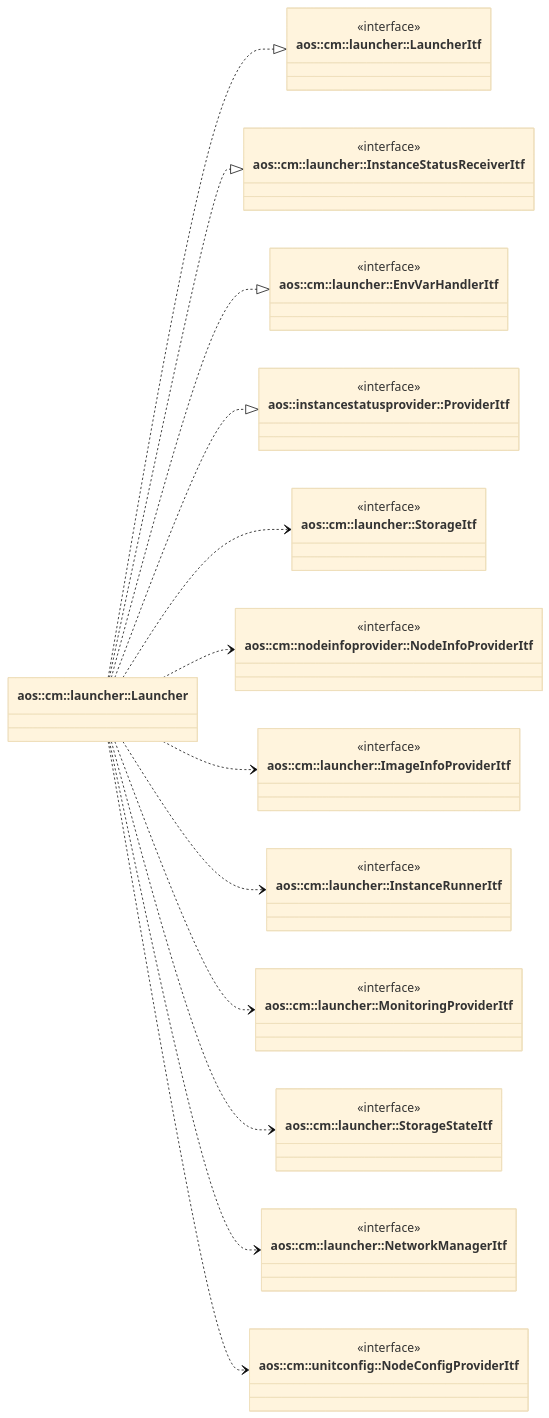
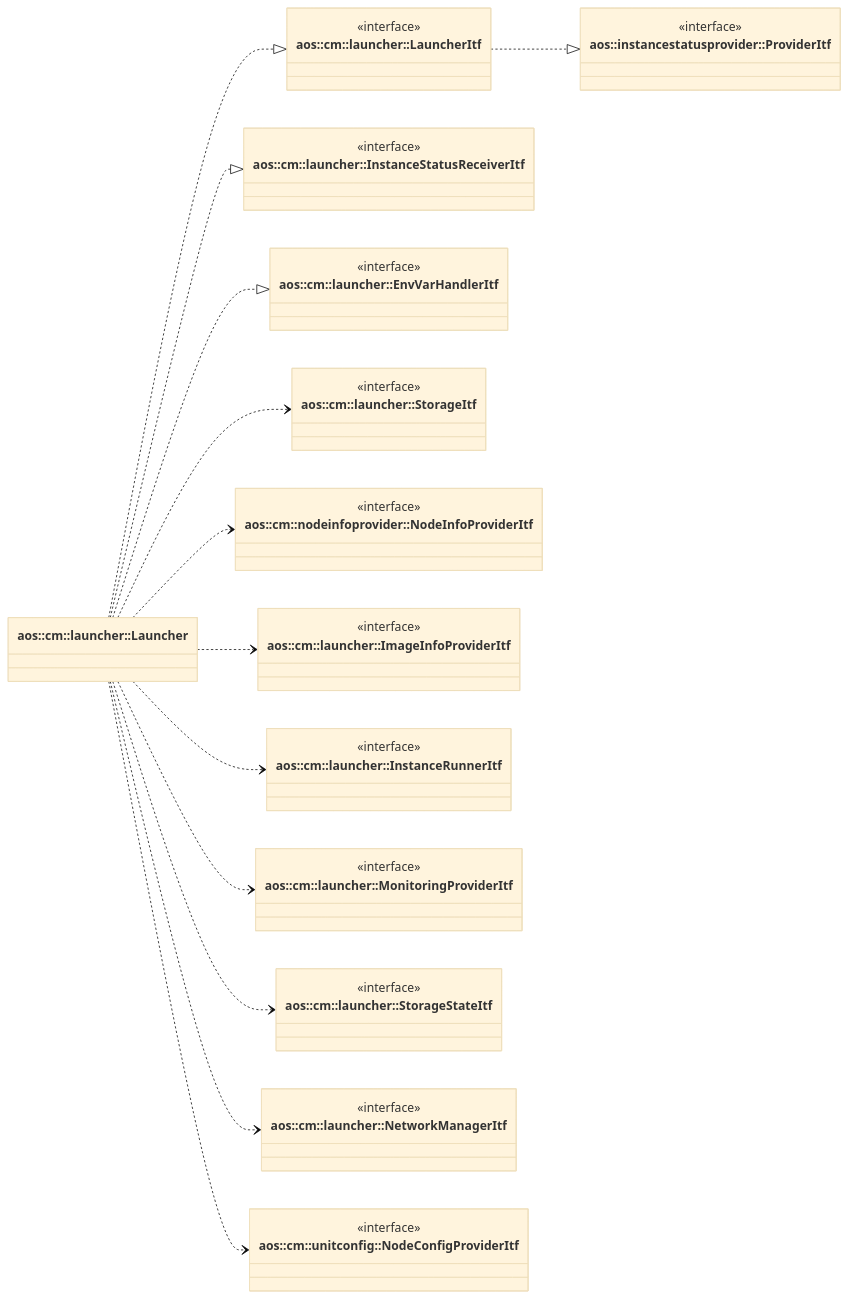
The first of 4 diagrams in src/core/cm/launcher/launcher.md (aosedge/aos_core_lib_cpp), drawn with Mermaid (base theme) before and after one commit. The commit also changed 6 other files, not shown here.

Commit message:
cm: launcher: make LauncherItf inherits instance status provider

````diff
--- a/src/core/cm/launcher/launcher.md
+++ b/src/core/cm/launcher/launcher.md
@@ -33,69 +33,70 @@
 ```mermaid
 classDiagram
     direction LR
 
     class Launcher["aos::cm::launcher::Launcher"] {
     }
 
     class LauncherItf["aos::cm::launcher::LauncherItf"] {
         <<interface>>
     }
 
+    class InstanceStatusProviderItf["aos::instancestatusprovider::ProviderItf"] {
+        <<interface>>
+    }
+
     class InstanceStatusReceiverItf["aos::cm::launcher::InstanceStatusReceiverItf"] {
         <<interface>>
     }
 
     class EnvVarHandlerItf["aos::cm::launcher::EnvVarHandlerItf"] {
-        <<interface>>
-    }
-
-    class InstanceStatusProviderItf["aos::instancestatusprovider::ProviderItf"] {
         <<interface>>
     }
 
     class StorageItf["aos::cm::launcher::StorageItf"] {
         <<interface>>
     }
 
     class NodeInfoProviderItf["aos::cm::nodeinfoprovider::NodeInfoProviderItf"] {
         <<interface>>
     }
 
     class ImageInfoProviderItf ["aos::cm::launcher::ImageInfoProviderItf"] {
         <<interface>>
     }
 
     class InstanceRunnerItf ["aos::cm::launcher::InstanceRunnerItf"] {
         <<interface>>
     }
 
     class MonitoringProviderItf ["aos::cm::launcher::MonitoringProviderItf"] {
         <<interface>>
     }
 
     class StorageStateItf ["aos::cm::launcher::StorageStateItf"] {
         <<interface>>
     }
 
     class NetworkManagerItf ["aos::cm::launcher::NetworkManagerItf"] {
         <<interface>>
     }
 
     class NodeConfigProviderItf ["aos::cm::unitconfig::NodeConfigProviderItf"] {
         <<interface>>
     }
 
+    LauncherItf ..|> InstanceStatusProviderItf
+
     Launcher ..|> LauncherItf
     Launcher ..|> InstanceStatusReceiverItf
     Launcher ..|> EnvVarHandlerItf
-    Launcher ..|> InstanceStatusProviderItf
 
     Launcher ..> StorageItf
     Launcher ..> NodeInfoProviderItf
     Launcher ..> ImageInfoProviderItf
     Launcher ..> InstanceRunnerItf
     Launcher ..> MonitoringProviderItf
     Launcher ..> StorageStateItf
     Launcher ..> NetworkManagerItf
     Launcher ..> NodeConfigProviderItf
 ```
````
